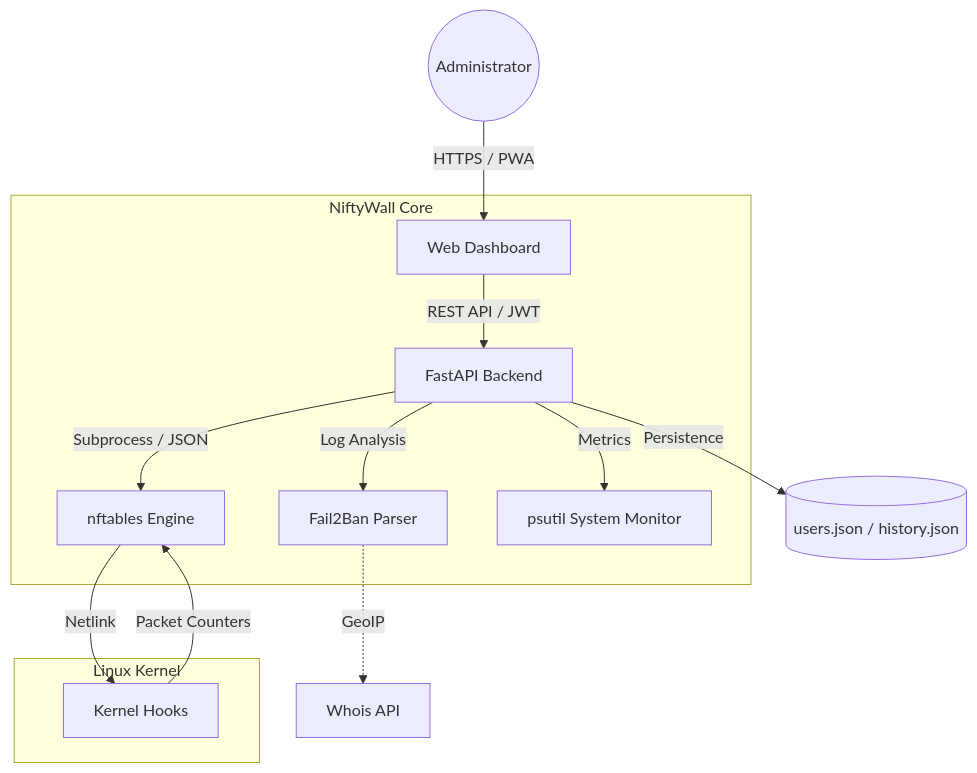
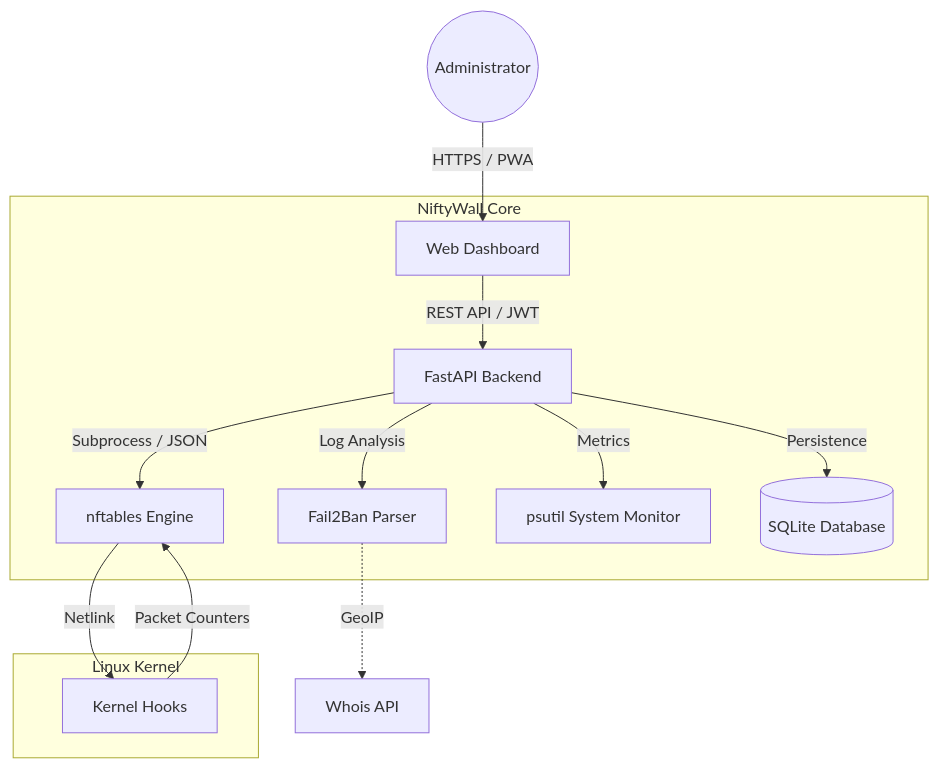
One commit to weby-homelab/niftywall changed the diagram in README_ENG.md. Above: the diagram before and after it, drawn with Mermaid. The commit also changed other lines of this file and 8 other files, not shown here.

````diff
--- a/README_ENG.md
+++ b/README_ENG.md
@@ -23,19 +23,19 @@
 ```mermaid
 graph TD
     User((Administrator)) -->|HTTPS / PWA| UI[Web Dashboard]
     
     subgraph "NiftyWall Core"
         UI -->|REST API / JWT| API[FastAPI Backend]
         API -->|Subprocess / JSON| NFT[nftables Engine]
         API -->|Log Analysis| F2B[Fail2Ban Parser]
         API -->|Metrics| SYS[psutil System Monitor]
+        API -->|Persistence| DB[(SQLite Database)]
     end
 
     subgraph "Linux Kernel"
         NFT -->|Netlink| Netfilter[Kernel Hooks]
         Netfilter -->|Packet Counters| NFT
     end
 
     F2B -.->|GeoIP| WHO[Whois API]
-    API -->|Persistence| JSON[(users.json / history.json)]
 ```
````
